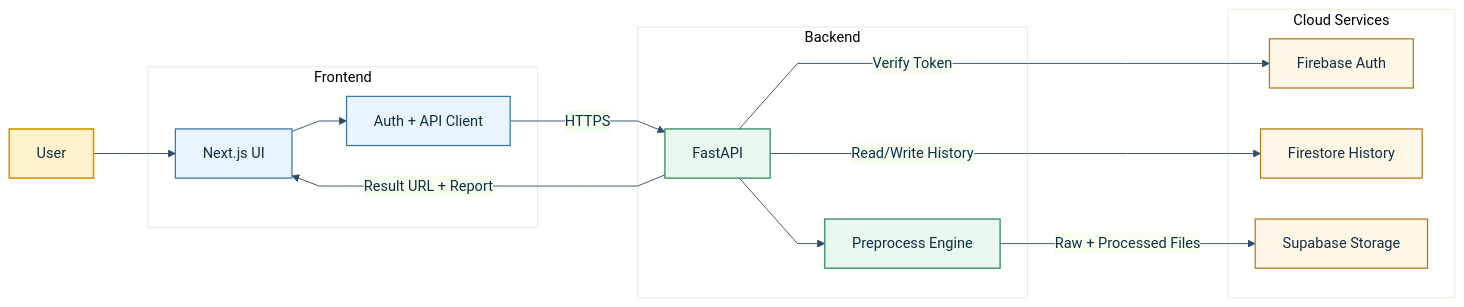
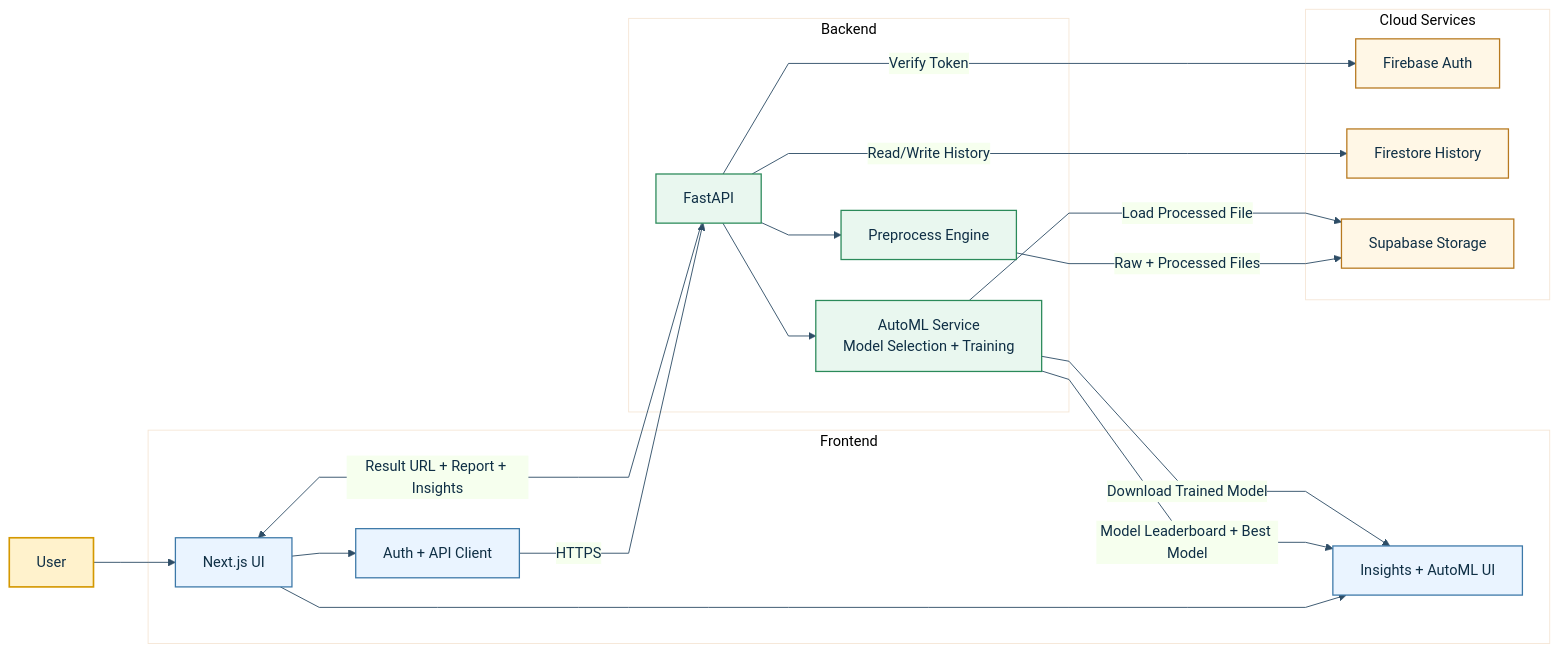
The diagram in PPT_ARCHITECTURE_MERMAID_ONE_SLIDE.md (mahipatel1502/PrepIt), drawn with Mermaid before and after one commit. The commit also changed 4 other files, not shown here.

````diff
--- a/PPT_ARCHITECTURE_MERMAID_ONE_SLIDE.md
+++ b/PPT_ARCHITECTURE_MERMAID_ONE_SLIDE.md
@@ -3,54 +3,61 @@
 ```mermaid
 %%{init: {
   "theme": "base",
   "themeVariables": {
     "fontFamily": "Segoe UI, Arial",
     "fontSize": "16px",
     "lineColor": "#2e4d66",
     "primaryColor": "#eef6ff",
     "primaryTextColor": "#0f2f45"
   },
   "flowchart": {
     "rankSpacing": 60,
     "nodeSpacing": 45,
     "curve": "linear"
   }
 }}%%
 flowchart LR
 
 U[User]
 
 subgraph FE[Frontend]
 F1[Next.js UI]
 F2[Auth + API Client]
+F3[Insights + AutoML UI]
 F1 --> F2
+F1 --> F3
 end
 
 subgraph BE[Backend]
 B1[FastAPI]
 B2[Preprocess Engine]
+B3[AutoML Service<br/>Model Selection + Training]
 B1 --> B2
+B1 --> B3
 end
 
 subgraph DS[Cloud Services]
 D1[Firebase Auth]
 D2[Firestore History]
 D3[Supabase Storage]
 end
 
 U --> F1
 F2 -->|HTTPS| B1
 B1 -->|Verify Token| D1
 B1 -->|Read/Write History| D2
 B2 -->|Raw + Processed Files| D3
-B1 -->|Result URL + Report| F1
+B3 -->|Load Processed File| D3
+B3 -->|Model Leaderboard + Best Model| F3
+B3 -->|Download Trained Model| F3
+B1 -->|Result URL + Report + Insights| F1
 
 classDef actor fill:#fff2cc,stroke:#d49800,stroke-width:1.8px;
 classDef front fill:#eaf4ff,stroke:#3c78a8,stroke-width:1.4px;
 classDef back fill:#e9f7ef,stroke:#2b8a5a,stroke-width:1.4px;
 classDef data fill:#fff7e6,stroke:#b7791f,stroke-width:1.4px;
 class U actor;
-class F1,F2 front;
-class B1,B2 back;
+class F1,F2,F3 front;
+class B1,B2,B3 back;
 class D1,D2,D3 data;
 ```
````
